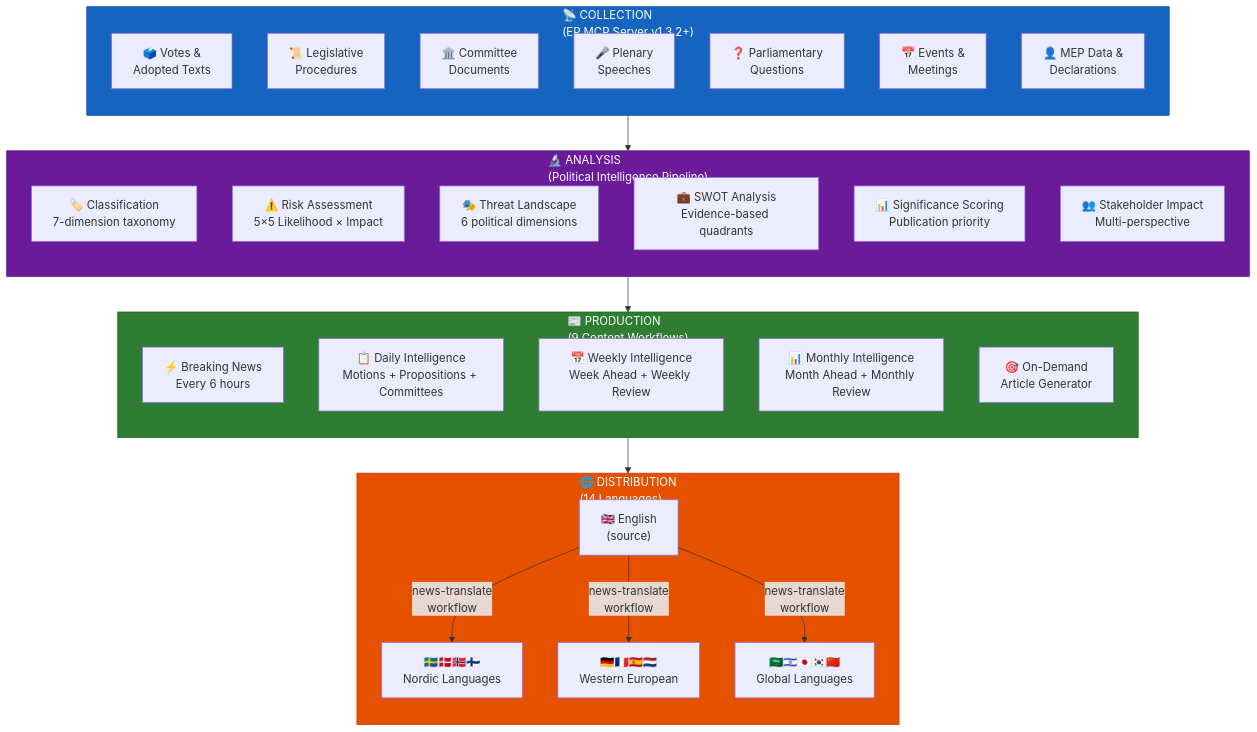
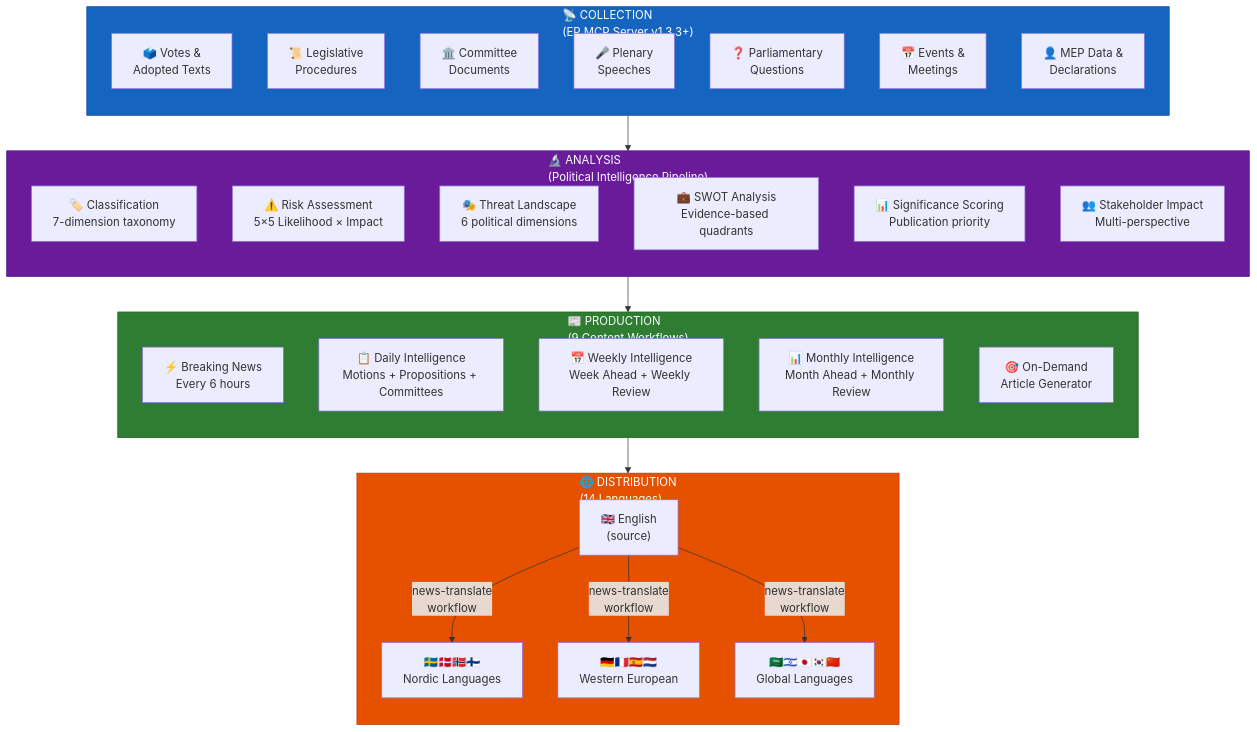
One commit to Hack23/euparliamentmonitor changed diagram 19 of 22 in WORKFLOWS.md. Above: the diagram before and after it, drawn with Mermaid. The commit also changed other lines of this file and 100 other files, not shown here.

First line of the commit message:
chore: bump european-parliament-mcp-server from 1.3.2 to 1.3.3 across all config, workflows, code, and docs

````diff
--- a/WORKFLOWS.md
+++ b/WORKFLOWS.md
@@ -2032,48 +2032,48 @@
 ```mermaid
 flowchart TD
-    subgraph Collection["📡 COLLECTION<br/>(EP MCP Server v1.3.2+)"]
+    subgraph Collection["📡 COLLECTION<br/>(EP MCP Server v1.3.3+)"]
         direction TB
         C1["🗳️ Votes &<br/>Adopted Texts"]
         C2["📜 Legislative<br/>Procedures"]
         C3["🏛️ Committee<br/>Documents"]
         C4["🎤 Plenary<br/>Speeches"]
         C5["❓ Parliamentary<br/>Questions"]
         C6["📅 Events &<br/>Meetings"]
         C7["👤 MEP Data &<br/>Declarations"]
     end
 
     subgraph Analysis["🔬 ANALYSIS<br/>(Political Intelligence Pipeline)"]
         direction TB
         A1["🏷️ Classification<br/>7-dimension taxonomy"]
         A2["⚠️ Risk Assessment<br/>5×5 Likelihood × Impact"]
         A3["🎭 Threat Landscape<br/>6 political dimensions"]
         A4["💼 SWOT Analysis<br/>Evidence-based quadrants"]
         A5["📊 Significance Scoring<br/>Publication priority"]
         A6["👥 Stakeholder Impact<br/>Multi-perspective"]
     end
 
     subgraph Production["📰 PRODUCTION<br/>(9 Content Workflows)"]
         direction TB
         P1["⚡ Breaking News<br/>Every 6 hours"]
         P2["📋 Daily Intelligence<br/>Motions + Propositions + Committees"]
         P3["📅 Weekly Intelligence<br/>Week Ahead + Weekly Review"]
         P4["📊 Monthly Intelligence<br/>Month Ahead + Monthly Review"]
         P5["🎯 On-Demand<br/>Article Generator"]
     end
 
     subgraph Distribution["🌐 DISTRIBUTION<br/>(14 Languages)"]
         direction TB
         D1["🇬🇧 English<br/>(source)"]
         D2["🇸🇪🇩🇰🇳🇴🇫🇮<br/>Nordic Languages"]
         D3["🇩🇪🇫🇷🇪🇸🇳🇱<br/>Western European"]
         D4["🇸🇦🇮🇱🇯🇵🇰🇷🇨🇳<br/>Global Languages"]
     end
 
     Collection --> Analysis --> Production --> D1
     D1 --> |"news-translate<br/>workflow"| D2 & D3 & D4
 
     style Collection fill:#1565C0,stroke:#0D47A1,color:#FFFFFF
     style Analysis fill:#6A1B9A,stroke:#4A148C,color:#FFFFFF
     style Production fill:#2E7D32,stroke:#1B5E20,color:#FFFFFF
     style Distribution fill:#E65100,stroke:#BF360C,color:#FFFFFF
 ```
````
